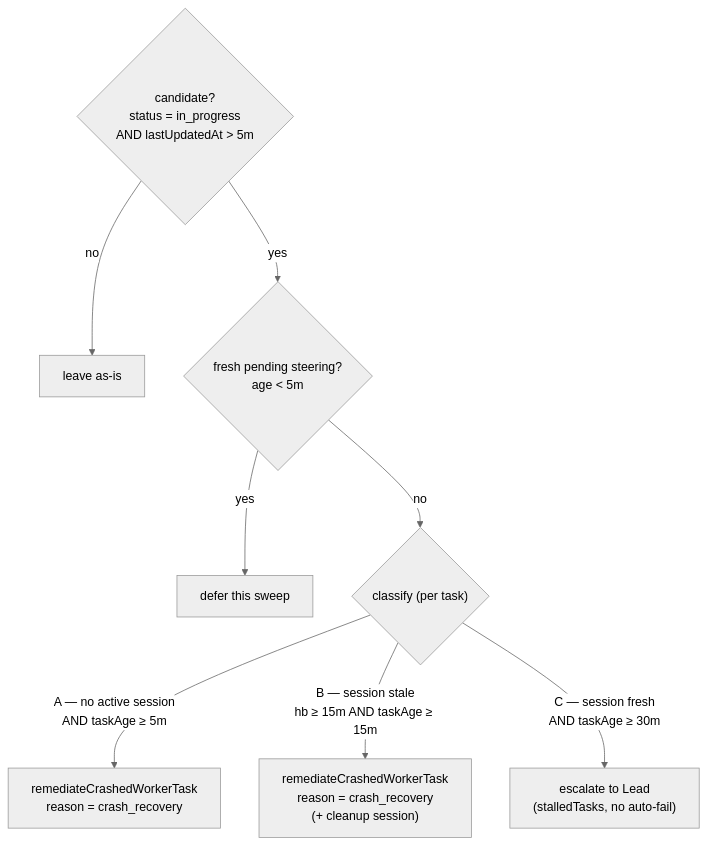
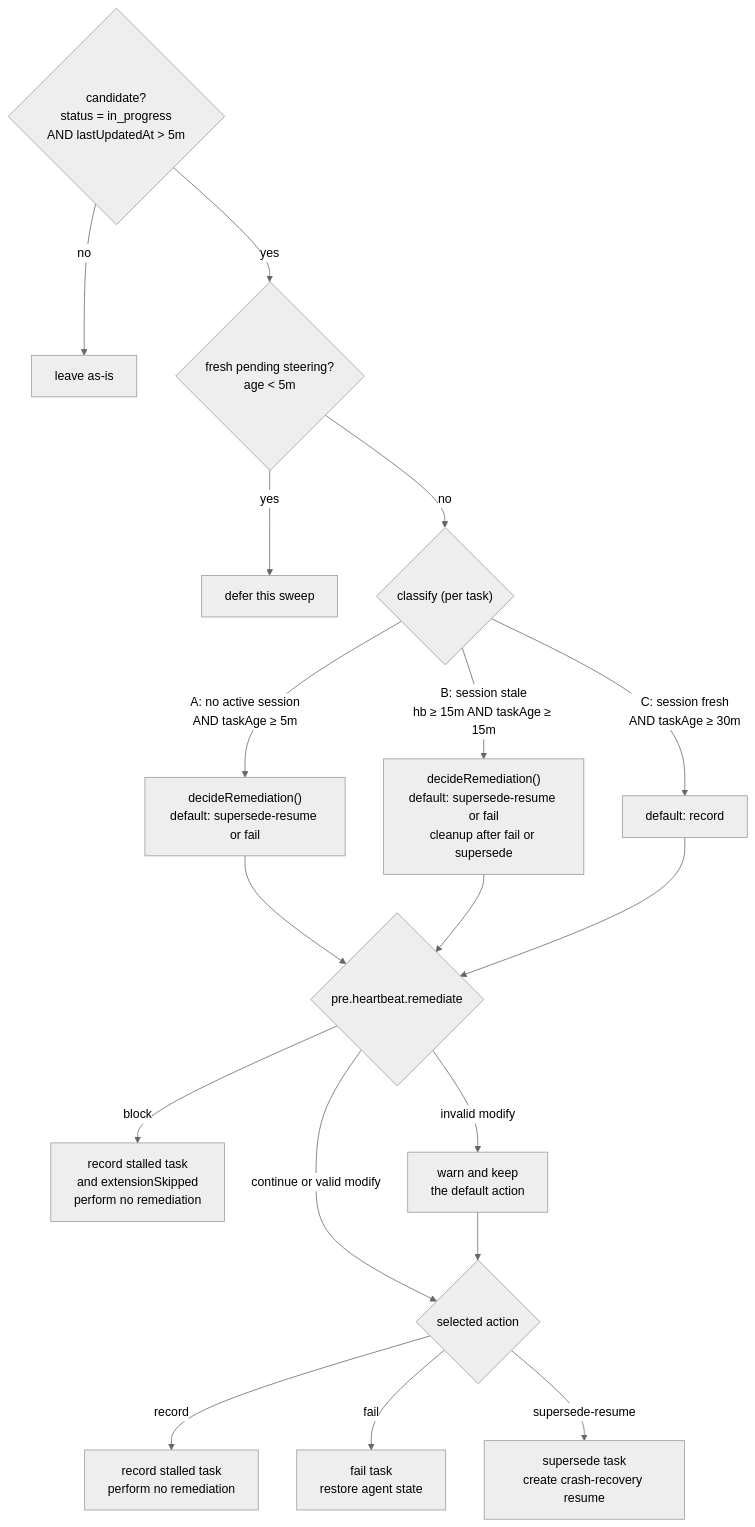
Before and after one commit to desplega-ai/agent-swarm: the second of 4 diagrams in runbooks/heartbeat-crash-recovery.md, drawn with Mermaid (neutral theme). The commit also changed other lines of this file and 159 other files, not shown here.

````diff
--- a/runbooks/heartbeat-crash-recovery.md
+++ b/runbooks/heartbeat-crash-recovery.md
@@ -100,10 +100,20 @@
 ```mermaid
 flowchart TD
   cand{"candidate?<br/>status = in_progress<br/>AND lastUpdatedAt > 5m"} -- no --> skip["leave as-is"]
   cand -- yes --> steer{"fresh pending steering?<br/>age < 5m"}
   steer -- yes --> defer["defer this sweep"]
   steer -- no --> cls{"classify (per task)"}
-  cls -->|"A — no active session<br/>AND taskAge ≥ 5m"| remA["remediateCrashedWorkerTask<br/>reason = crash_recovery"]
-  cls -->|"B — session stale<br/>hb ≥ 15m AND taskAge ≥ 15m"| remB["remediateCrashedWorkerTask<br/>reason = crash_recovery<br/>(+ cleanup session)"]
-  cls -->|"C — session fresh<br/>AND taskAge ≥ 30m"| esc["escalate to Lead<br/>(stalledTasks, no auto-fail)"]
+  cls -->|"A: no active session<br/>AND taskAge ≥ 5m"| decA["decideRemediation()<br/>default: supersede-resume or fail"]
+  cls -->|"B: session stale<br/>hb ≥ 15m AND taskAge ≥ 15m"| decB["decideRemediation()<br/>default: supersede-resume or fail<br/>cleanup after fail or supersede"]
+  cls -->|"C: session fresh<br/>AND taskAge ≥ 30m"| decC["default: record"]
+  decA --> hook{"pre.heartbeat.remediate"}
+  decB --> hook
+  decC --> hook
+  hook -->|"block"| blocked["record stalled task<br/>and extensionSkipped<br/>perform no remediation"]
+  hook -->|"continue or valid modify"| action{"selected action"}
+  hook -->|"invalid modify"| keep["warn and keep<br/>the default action"]
+  keep --> action
+  action -->|"record"| record["record stalled task<br/>perform no remediation"]
+  action -->|"fail"| fail["fail task<br/>restore agent state"]
+  action -->|"supersede-resume"| resume["supersede task<br/>create crash-recovery resume"]
 ```
````
